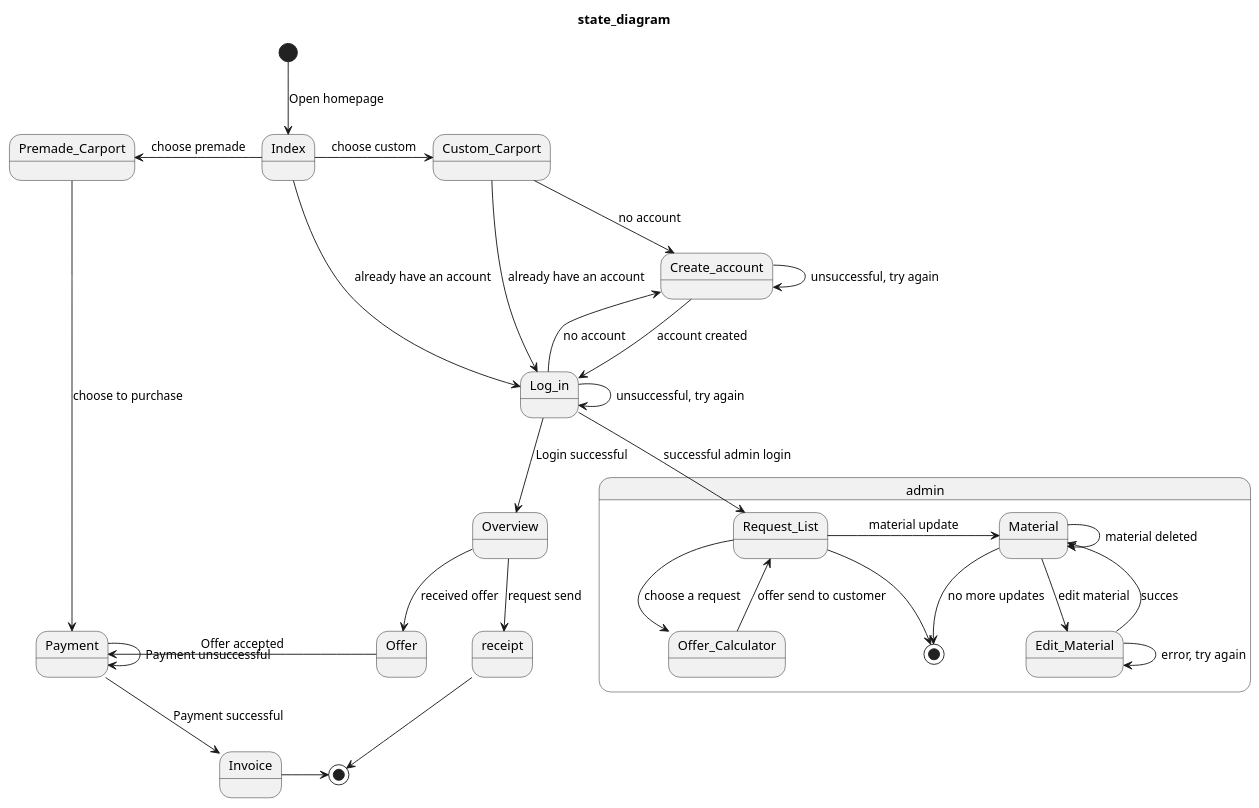
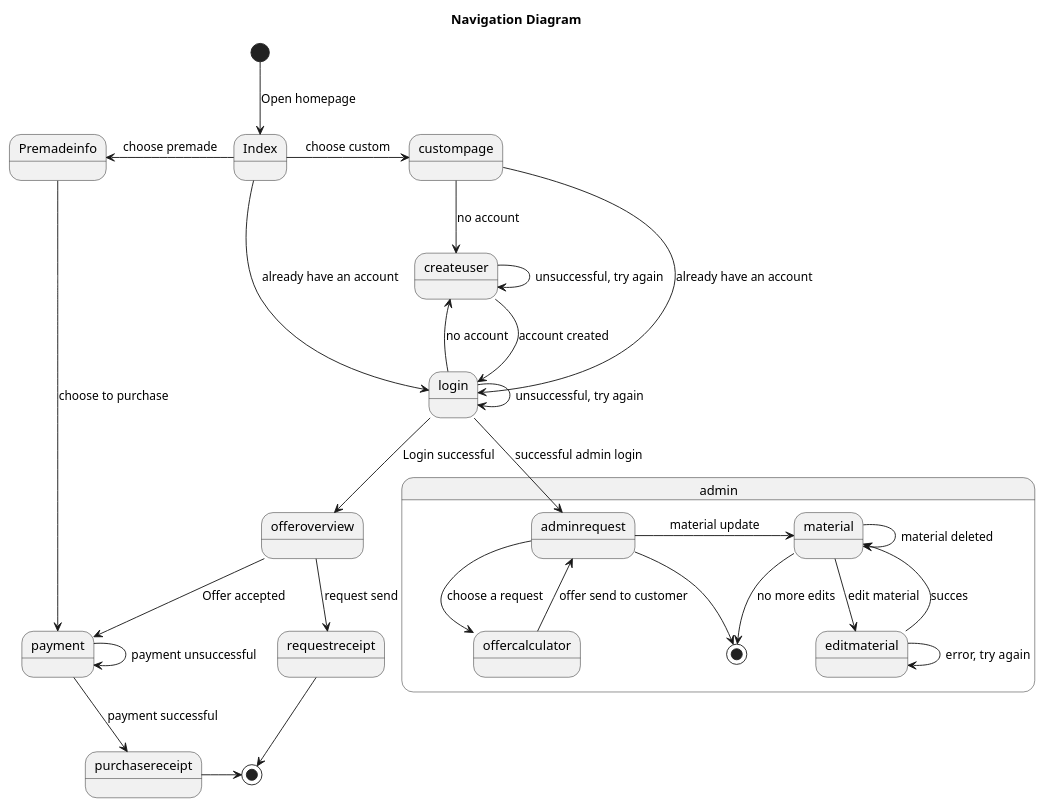
One commit to MadsBenjaminR/eksamenfogren changed the diagram in src/main/plantuml/StateDiagram.puml. Above: the diagram before and after it, drawn with PlantUML. The commit also changed 5 other files, not shown here.

```diff
--- a/src/main/plantuml/StateDiagram.puml
+++ b/src/main/plantuml/StateDiagram.puml
@@ -1,43 +1,43 @@
 @startuml
 
-Title state_diagram
+Title Navigation Diagram
 
 [*] --> Index: Open homepage
-Index -left-> Premade_Carport: choose premade
-Premade_Carport --> Payment: choose to purchase
-Payment --> Invoice: Payment successful
-Payment --> Payment: Payment unsuccessful
-Invoice -> [*]
+Index -left-> Premadeinfo: choose premade
+Premadeinfo --> payment: choose to purchase
+payment --> purchasereceipt: payment successful
+payment --> payment: payment unsuccessful
+purchasereceipt -> [*]
 
 
-Index -right-> Custom_Carport: choose custom
-Custom_Carport --> Create_account: no account
-Custom_Carport --> Log_in: already have an account
+Index -right-> custompage: choose custom
+custompage --> createuser: no account
+custompage --> login: already have an account
 
-Create_account --> Create_account: unsuccessful, try again
-Create_account --> Log_in: account created
-Log_in --> Overview: Login successful
-Log_in --> Log_in: unsuccessful, try again
-Log_in --> Create_account: no account
-Overview --> Offer: received offer
-Offer -> Payment: Offer accepted
-Overview --> receipt: request send
-receipt --> [*]
+createuser --> createuser: unsuccessful, try again
+createuser --> login: account created
+login --> offeroverview: Login successful
+login --> login: unsuccessful, try again
+login --> createuser: no account
+offeroverview --> payment: Offer accepted
+
+offeroverview --> requestreceipt: request send
+requestreceipt --> [*]
 
 
-Index --> Log_in: already have an account
+Index --> login: already have an account
 
 state admin {
-Log_in --> Request_List: successful admin login
-Request_List -right-> Material: material update
-Request_List --> Offer_Calculator: choose a request
-Material --> Edit_Material: edit material
-Edit_Material --> Material: succes
-Edit_Material--> Edit_Material: error, try again
-Material --> [*]: no more updates
-Material --> Material: material deleted
-Offer_Calculator --> Request_List: offer send to customer
-Request_List --> [*]
+login --> adminrequest: successful admin login
+adminrequest -right-> material: material update
+adminrequest --> offercalculator: choose a request
+material --> editmaterial: edit material
+editmaterial --> material: succes
+editmaterial--> editmaterial: error, try again
+material --> [*]: no more edits
+material --> material: material deleted
+offercalculator --> adminrequest: offer send to customer
+adminrequest --> [*]
 }
 
 @enduml
```
